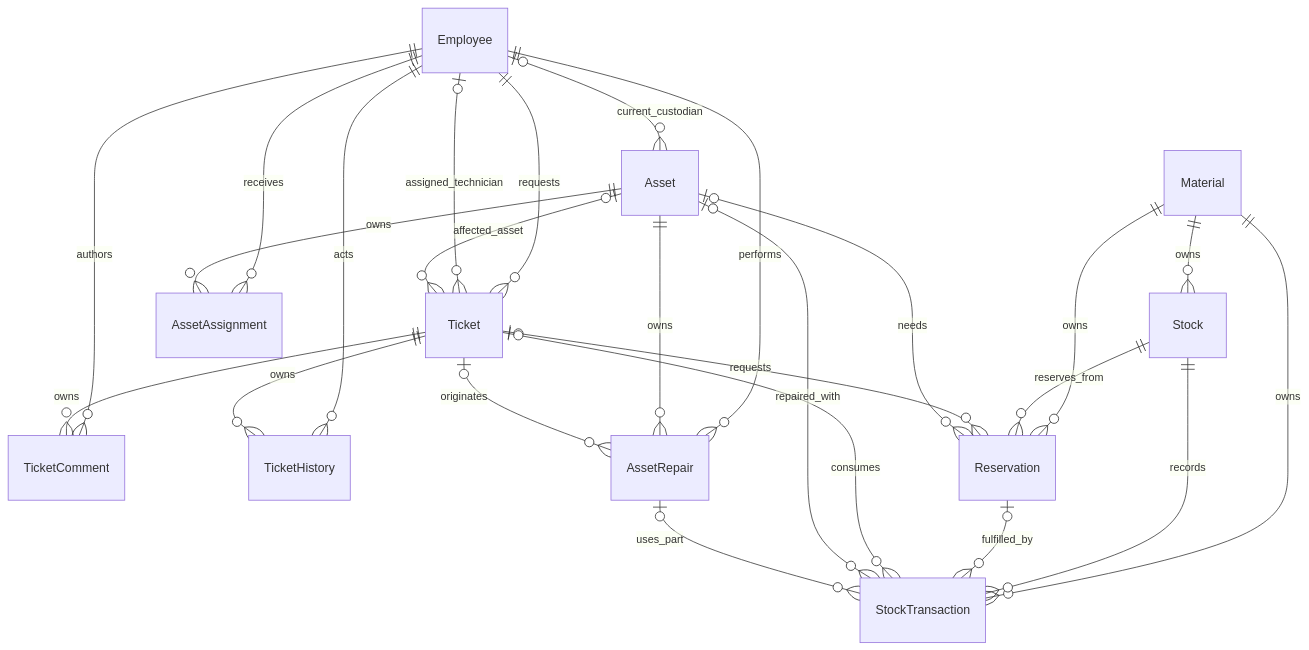
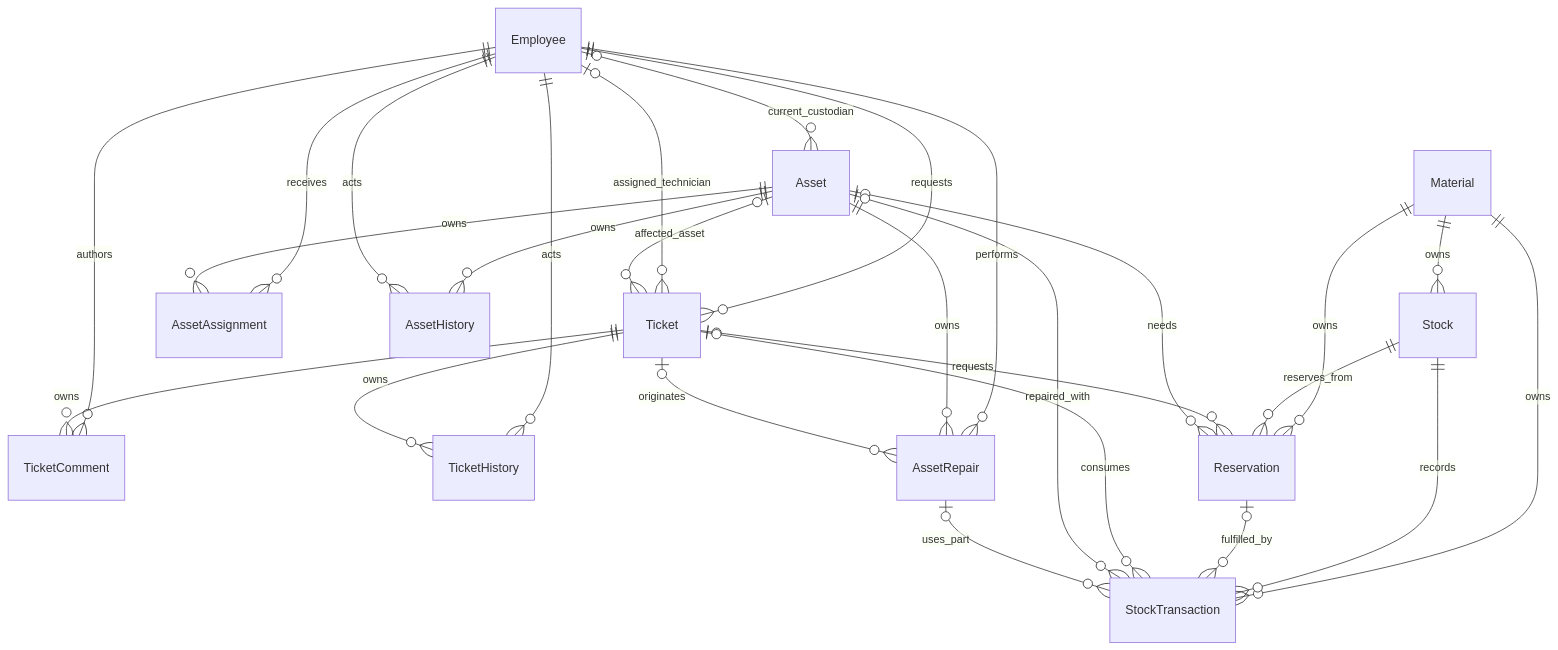
One commit to MMuneeb17/SAP-IT-OPERATIONS changed the diagram in sap-design/data-model/entities.md. Above: the diagram before and after it, drawn with Mermaid. The commit also changed other lines of this file and 53 other files, not shown here.

Commit message:
Complete Phase 4 asset lifecycle and document project architecture

````diff
--- a/sap-design/data-model/entities.md
+++ b/sap-design/data-model/entities.md
@@ -21,27 +24,29 @@
 ```mermaid
 erDiagram
   Employee ||--o{ Ticket : requests
   Employee o|--o{ Ticket : assigned_technician
   Employee o|--o{ Asset : current_custodian
   Employee ||--o{ AssetAssignment : receives
   Employee ||--o{ TicketComment : authors
   Employee ||--o{ TicketHistory : acts
   Employee ||--o{ AssetRepair : performs
   Asset o|--o{ Ticket : affected_asset
   Ticket ||--o{ TicketComment : owns
   Ticket ||--o{ TicketHistory : owns
   Asset ||--o{ AssetAssignment : owns
   Asset ||--o{ AssetRepair : owns
+  Asset ||--o{ AssetHistory : owns
+  Employee ||--o{ AssetHistory : acts
   Ticket o|--o{ AssetRepair : originates
   Material ||--o{ Stock : owns
   Material ||--o{ Reservation : owns
   Material ||--o{ StockTransaction : owns
   Stock ||--o{ Reservation : reserves_from
   Stock ||--o{ StockTransaction : records
   Ticket o|--o{ Reservation : requests
   Asset o|--o{ Reservation : needs
   Reservation o|--o{ StockTransaction : fulfilled_by
   Ticket o|--o{ StockTransaction : consumes
   Asset o|--o{ StockTransaction : repaired_with
   AssetRepair o|--o{ StockTransaction : uses_part
 ```
````
